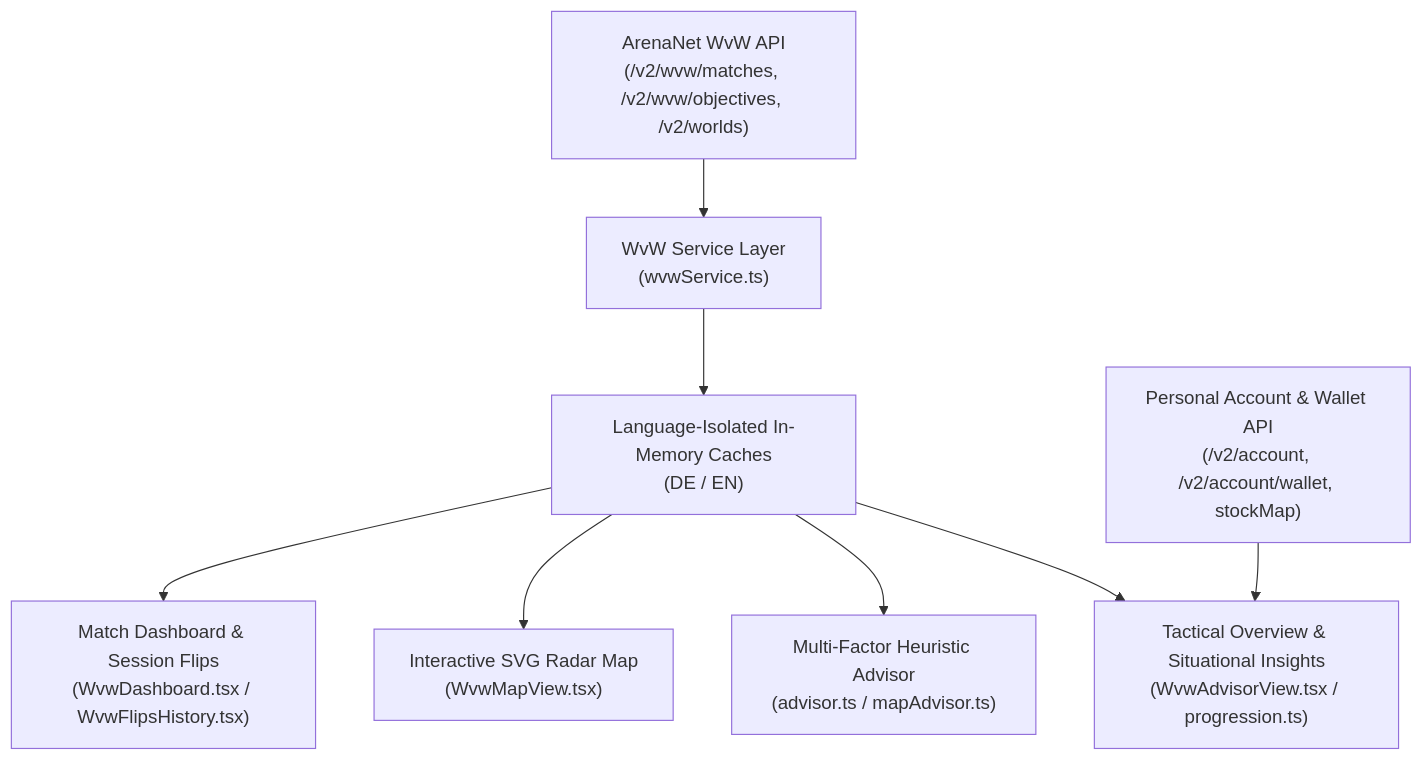
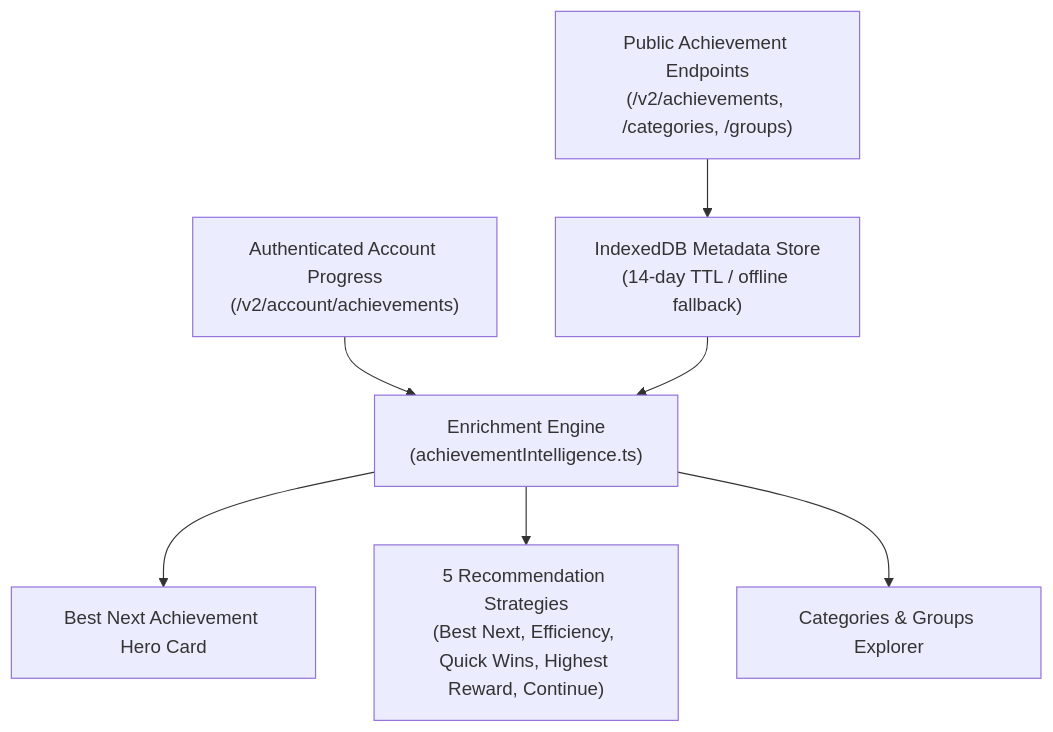
The diagram in docs/DATA_SOURCES.md (Booster1212/guildwars2-omnitria), drawn with Mermaid before and after one commit. The commit also changed other lines of this file and 63 other files, not shown here.

First line of the commit message:
feat: release v0.2.1 - Achievement Intelligence, total AP breakdown & WvW removal

````diff
--- a/docs/DATA_SOURCES.md
+++ b/docs/DATA_SOURCES.md
@@ -88,10 +87,9 @@
 ```mermaid
 flowchart TD
-    A["ArenaNet WvW API<br/>(/v2/wvw/matches, /v2/wvw/objectives, /v2/worlds)"] --> B["WvW Service Layer<br/>(wvwService.ts)"]
-    B --> C["Language-Isolated In-Memory Caches<br/>(DE / EN)"]
-    C --> D["Tactical Overview & Situational Insights<br/>(WvwAdvisorView.tsx / progression.ts)"]
-    C --> E["Multi-Factor Heuristic Advisor<br/>(advisor.ts / mapAdvisor.ts)"]
-    C --> F["Interactive SVG Radar Map<br/>(WvwMapView.tsx)"]
-    C --> G["Match Dashboard & Session Flips<br/>(WvwDashboard.tsx / WvwFlipsHistory.tsx)"]
-    H["Personal Account & Wallet API<br/>(/v2/account, /v2/account/wallet, stockMap)"] --> D
+    API_Def["Public Achievement Endpoints<br/>(/v2/achievements, /categories, /groups)"] --> Caching["IndexedDB Metadata Store<br/>(14-day TTL / offline fallback)"]
+    API_Acc["Authenticated Account Progress<br/>(/v2/account/achievements)"] --> Enrichment["Enrichment Engine<br/>(achievementIntelligence.ts)"]
+    Caching --> Enrichment
+    Enrichment --> Hero["Best Next Achievement Hero Card"]
+    Enrichment --> Strat["5 Recommendation Strategies<br/>(Best Next, Efficiency, Quick Wins, Highest Reward, Continue)"]
+    Enrichment --> Explorer["Categories & Groups Explorer"]
 ```
````
